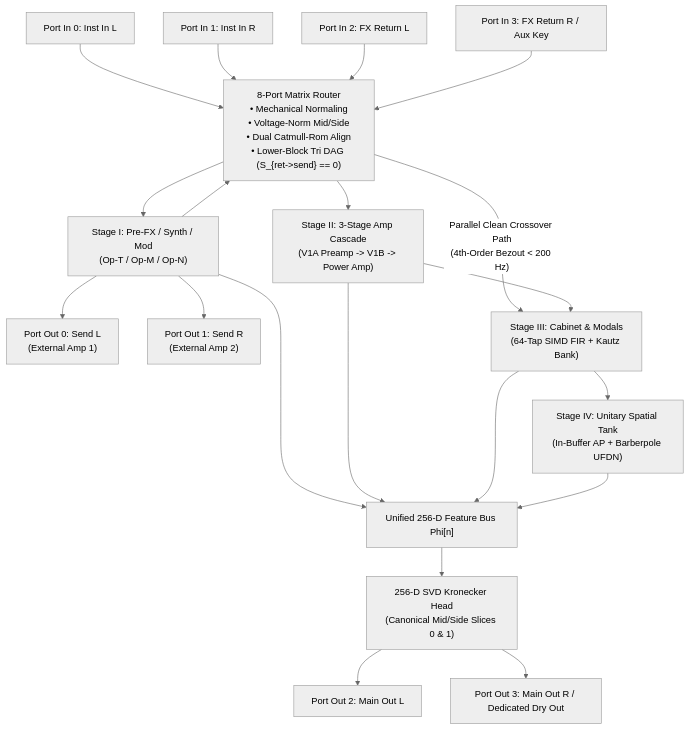
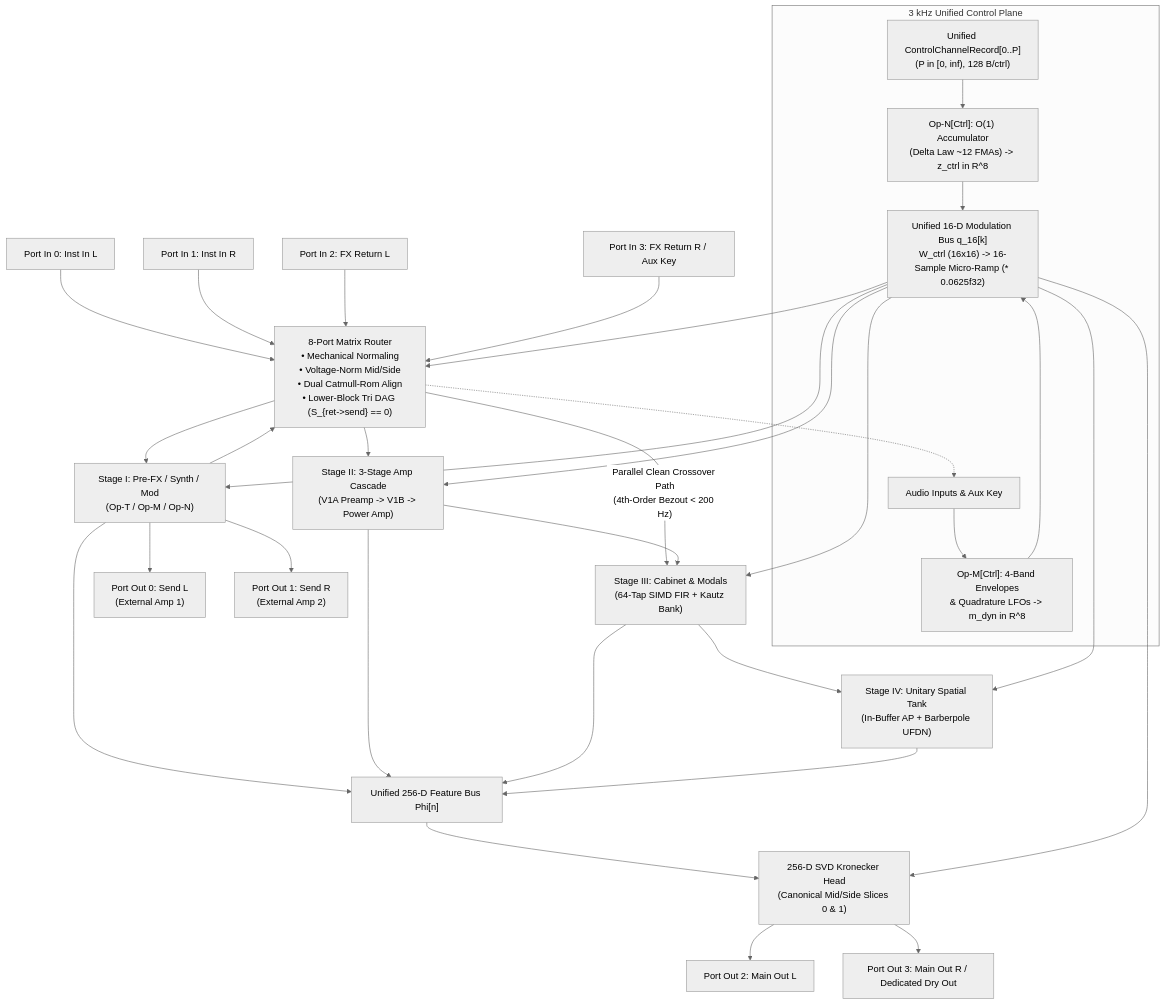
The sixth of 16 diagrams in docs/overview/u_pra_architecture.md (dnam-project/dnam), drawn with Mermaid (neutral theme) before and after one commit. The commit also changed other lines of this file, not shown here.

Commit message:
docs(spec): specify U-PRA self-similar control plane, O(1) unlimited-P control table, and REQ-8 mapping

````diff
--- a/docs/overview/u_pra_architecture.md
+++ b/docs/overview/u_pra_architecture.md
@@ -513,19 +625,30 @@
 ```mermaid
 flowchart TD
+    subgraph ControlBusGroup ["3 kHz Unified Control Plane"]
+        CtrlSrc["Unified ControlChannelRecord[0..P]<br/>(P in [0, inf), 128 B/ctrl)"] --> OpN["Op-N[Ctrl]: O(1) Accumulator<br/>(Delta Law ~12 FMAs) -> z_ctrl in R^8"]
+        InDetector["Audio Inputs & Aux Key"] --> OpM["Op-M[Ctrl]: 4-Band Envelopes<br/>& Quadrature LFOs -> m_dyn in R^8"]
+        OpN & OpM --> ModBus["Unified 16-D Modulation Bus q_16[k]<br/>W_ctrl (16x16) -> 16-Sample Micro-Ramp (* 0.0625f32)"]
+    end
+
     In0["Port In 0: Inst In L"] & In1["Port In 1: Inst In R"] --> Router["8-Port Matrix Router<br/>• Mechanical Normaling<br/>• Voltage-Norm Mid/Side<br/>• Dual Catmull-Rom Align<br/>• Lower-Block Tri DAG (S_{ret->send} == 0)"]
     In2["Port In 2: FX Return L"] & In3["Port In 3: FX Return R / Aux Key"] --> Router
+    Router -.-> InDetector
 
     Router --> S1["Stage I: Pre-FX / Synth / Mod<br/>(Op-T / Op-M / Op-N)"]
     S1 --> Out0["Port Out 0: Send L<br/>(External Amp 1)"]
     S1 --> Out1["Port Out 1: Send R<br/>(External Amp 2)"]
     S1 --> Router
 
     Router -->|"Parallel Clean Crossover Path<br/>(4th-Order Bezout < 200 Hz)"| S3
     Router --> S2["Stage II: 3-Stage Amp Cascade<br/>(V1A Preamp -> V1B -> Power Amp)"]
     S2 --> S3["Stage III: Cabinet & Modals<br/>(64-Tap SIMD FIR + Kautz Bank)"]
     S3 --> S4["Stage IV: Unitary Spatial Tank<br/>(In-Buffer AP + Barberpole UFDN)"]
+
+    ModBus --> Router & S1 & S2 & S3 & S4
+
     S1 & S2 & S3 & S4 --> Phi["Unified 256-D Feature Bus Phi[n]"]
     Phi --> Head["256-D SVD Kronecker Head<br/>(Canonical Mid/Side Slices 0 & 1)"]
+    ModBus --> Head
     Head --> Out2["Port Out 2: Main Out L"]
     Head --> Out3["Port Out 3: Main Out R / Dedicated Dry Out"]
 ```
````
